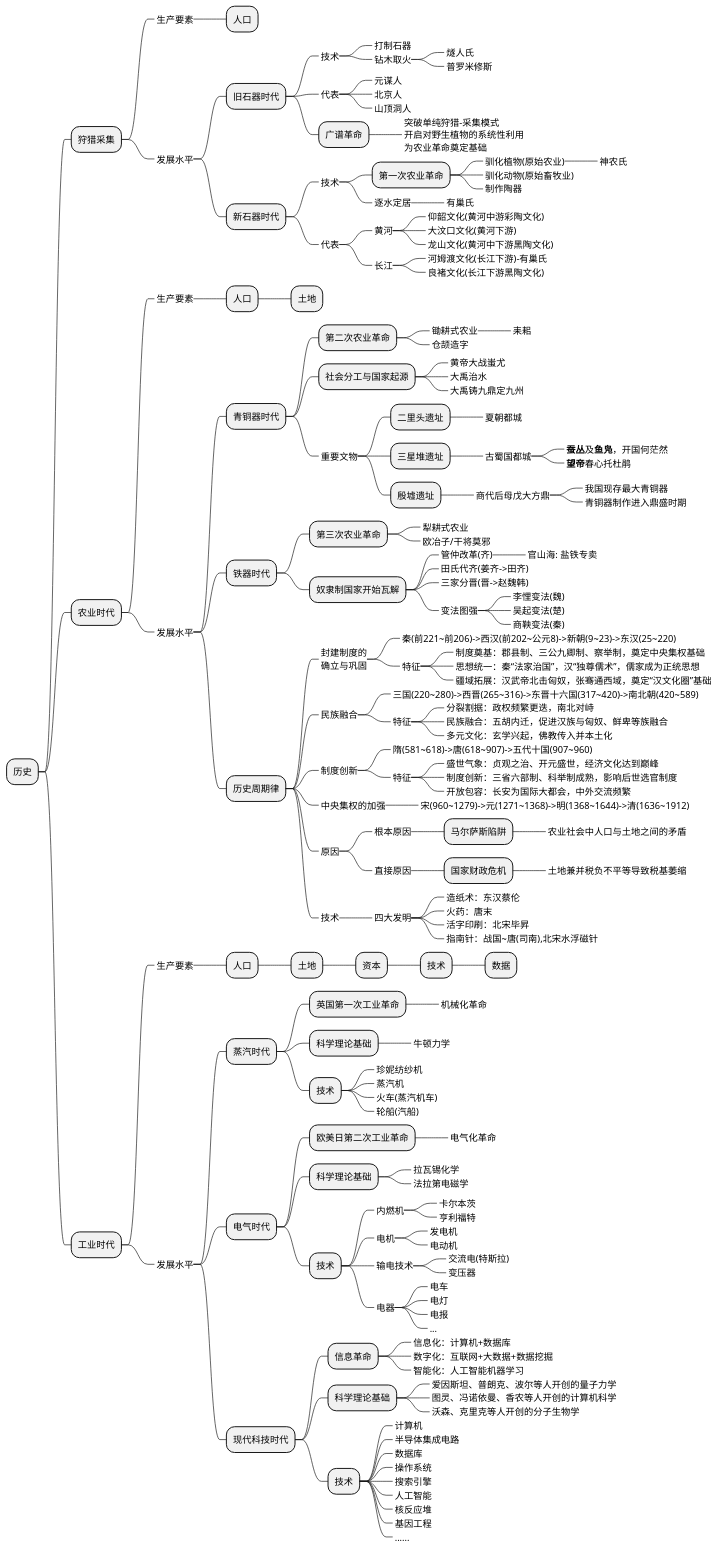
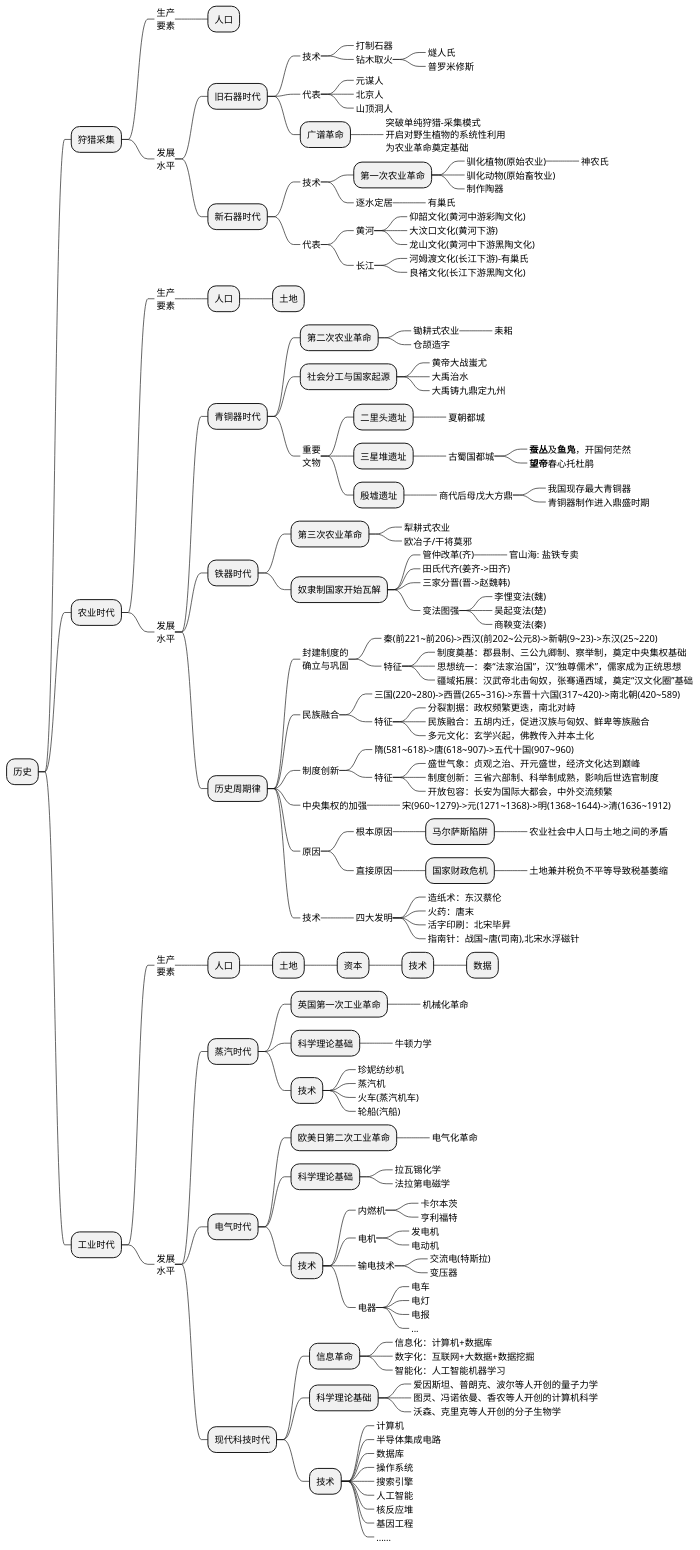
Before and after one commit to holmofy/blog.hufeifei.cn: the first of 2 diagrams in source/_posts/economic/economic_and_history.md, drawn with PlantUML.

```diff
--- a/source/_posts/economic/economic_and_history.md
+++ b/source/_posts/economic/economic_and_history.md
@@ -19,9 +19,9 @@
 @startmindmap
 + 历史
 ++ 狩猎采集
-+++_ 生产要素
++++_ 生产\n要素
 ++++ 人口
-+++_ 发展水平
++++_ 发展\n水平
 ++++ 旧石器时代
 +++++_ 技术
 ++++++_ 打制石器
@@ -52,10 +52,10 @@
 +++++++_ 河姆渡文化(长江下游)-有巢氏
 +++++++_ 良褚文化(长江下游黑陶文化)
 ++ 农业时代
-+++_ 生产要素
++++_ 生产\n要素
 ++++ 人口
 +++++ 土地
-+++_ 发展水平
++++_ 发展\n水平
 ++++ 青铜器时代
 +++++ 第二次农业革命
 ++++++_ 锄耕式农业
@@ -65,7 +65,7 @@
 ++++++_ 黄帝大战蚩尤
 ++++++_ 大禹治水
 ++++++_ 大禹铸九鼎定九州
-+++++_ 重要文物
++++++_ 重要\n文物
 ++++++ 二里头遗址
 +++++++_ 夏朝都城
 ++++++ 三星堆遗址
@@ -124,13 +124,13 @@
 +++++++_ 活字印刷：北宋毕昇
 +++++++_ 指南针：战国~唐(司南),北宋水浮磁针
 ++ 工业时代
-+++_ 生产要素
++++_ 生产\n要素
 ++++ 人口
 +++++ 土地
 ++++++ 资本
 +++++++ 技术
 ++++++++ 数据
-+++_ 发展水平
++++_ 发展\n水平
 ++++ 蒸汽时代
 +++++ 英国第一次工业革命
 ++++++_ 机械化革命
```
